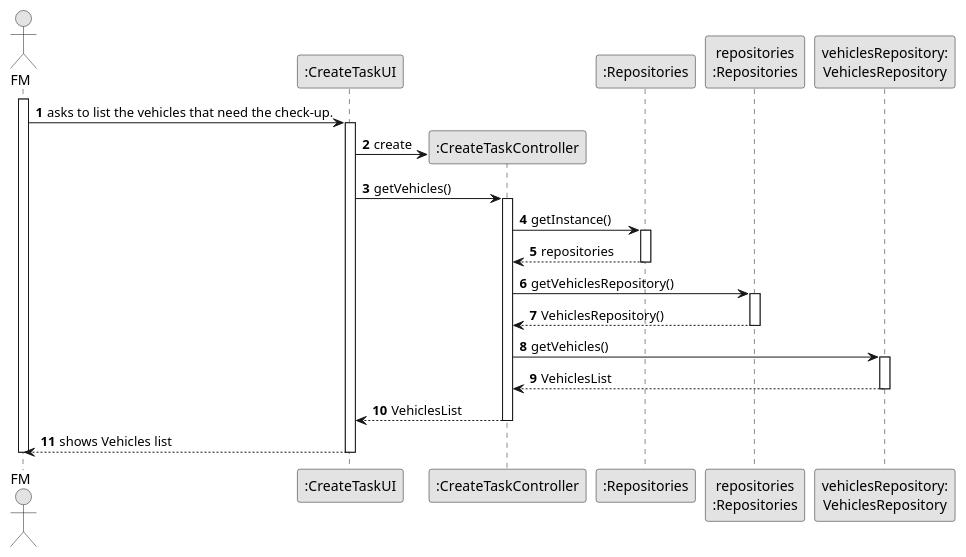
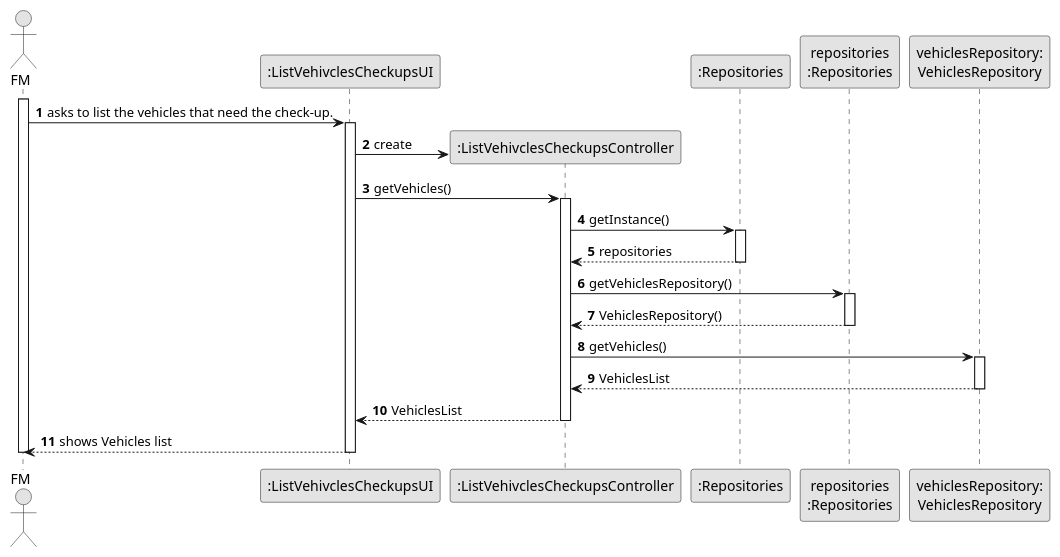
Before and after one commit to Departamento-de-Engenharia-Informatica/lei-24-s2-1do-g164: the diagram in docs/sprintB/us008/03.design/puml/us008-sequence-diagram-full.puml, drawn with PlantUML. The commit also changed 1 other file, not shown here.

```diff
--- a/docs/sprintB/us008/03.design/puml/us008-sequence-diagram-full.puml
+++ b/docs/sprintB/us008/03.design/puml/us008-sequence-diagram-full.puml
@@ -1,57 +1,57 @@
 @startuml
 skinparam monochrome true
 skinparam packageStyle rectangle
 skinparam shadowing false
 
 autonumber
 
 'hide footbox
 actor "FM" as ADM
-participant ":CreateTaskUI" as UI
-participant ":CreateTaskController" as CTRL
+participant ":ListVehivclesCheckupsUI" as UI
+participant ":ListVehivclesCheckupsController" as CTRL
 participant ":Repositories" as RepositorySingleton
 participant "repositories\n:Repositories" as PLAT
 participant "vehiclesRepository:\nVehiclesRepository" as TaskCategoryRepository
 
 
 activate ADM
 
         ADM -> UI : asks to list the vehicles that need the check-up.
 
         activate UI
 
 '            UI --> ADM : requests data (reference, description,  informal \n description, technical description, duration, cost)
             'create CTRL
             UI -> CTRL** : create
 
             UI -> CTRL : getVehicles()
             activate CTRL
 
                 CTRL -> RepositorySingleton : getInstance()
                 activate RepositorySingleton
 
                     RepositorySingleton --> CTRL: repositories
                 deactivate RepositorySingleton
 
                 CTRL -> PLAT : getVehiclesRepository()
                 activate PLAT
 
                     PLAT --> CTRL: VehiclesRepository()
                 deactivate PLAT
 
                 CTRL -> TaskCategoryRepository : getVehicles()
                 activate TaskCategoryRepository
 
                     TaskCategoryRepository --> CTRL : VehiclesList
                 deactivate TaskCategoryRepository
 
                 CTRL --> UI : VehiclesList
             deactivate CTRL
 
             UI --> ADM : shows Vehicles list
         deactivate UI
 
 
 deactivate ADM
 
 @enduml
```
